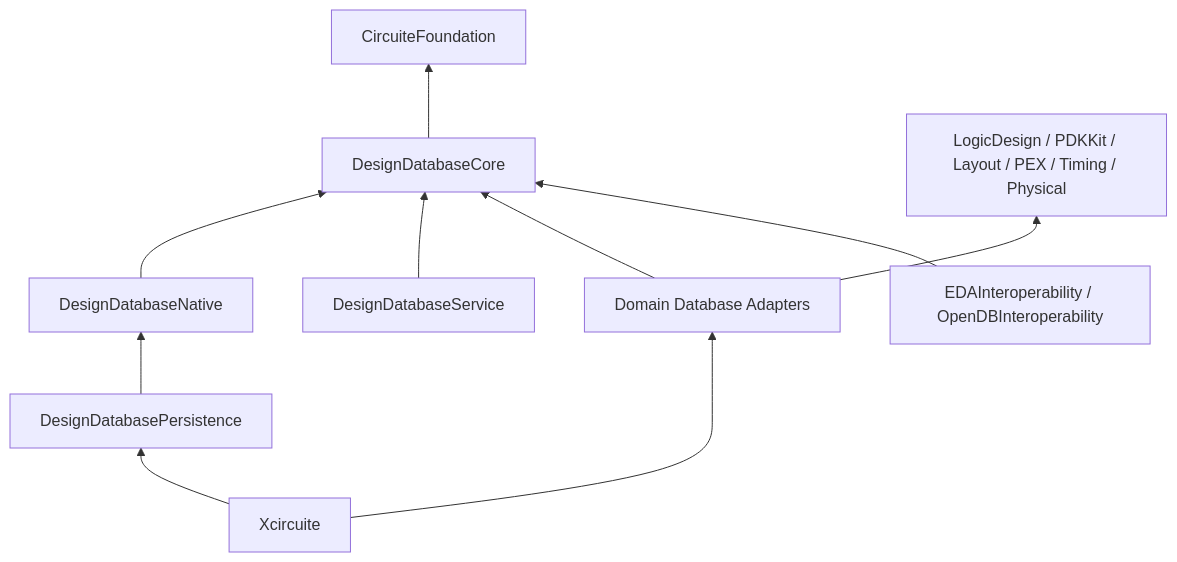
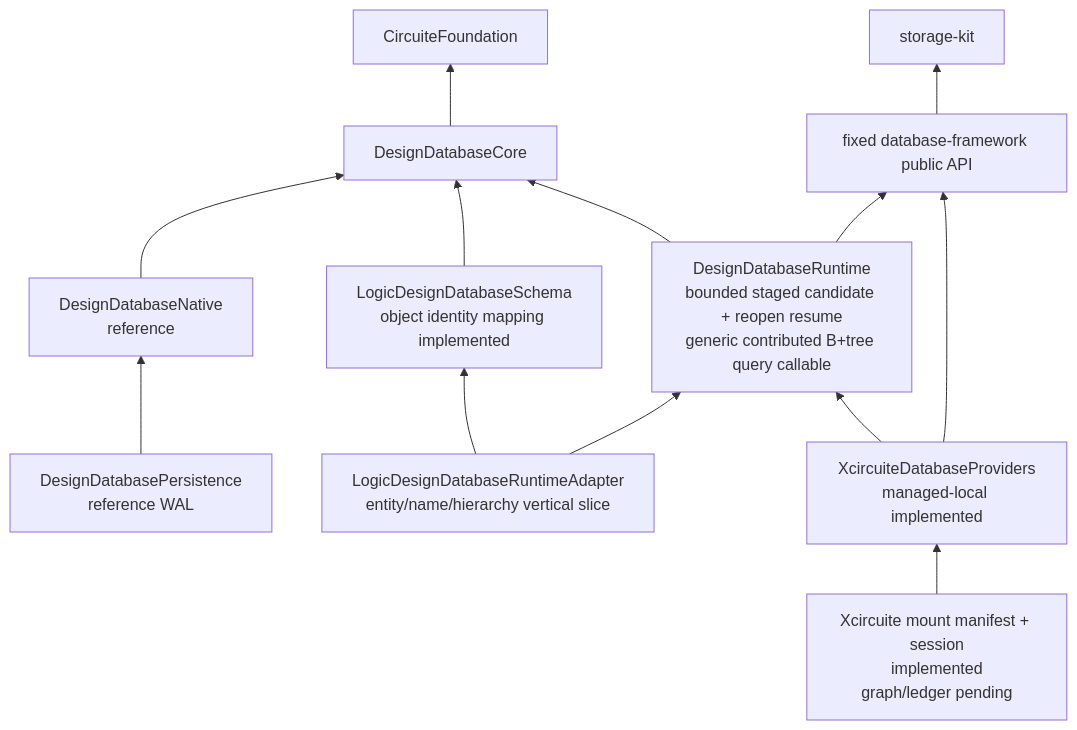
The diagram in README.md (1amageek/DesignDatabase), drawn with Mermaid before and after one commit. The commit also changed other lines of this file and 376 other files, not shown here.

Commit message:
Implement immutable design database runtime

````diff
--- a/README.md
+++ b/README.md
@@ -14,12 +151,17 @@
 ```mermaid
 flowchart BT
-  Core["DesignDatabaseCore"] --> Foundation["CircuiteFoundation"]
-  Native["DesignDatabaseNative"] --> Core
-  Persistence["DesignDatabasePersistence"] --> Native
-  Service["DesignDatabaseService"] --> Core
-  Adapters["Domain Database Adapters"] --> Core
-  Adapters --> Domains["LogicDesign / PDKKit / Layout / PEX / Timing / Physical"]
-  Runtime["Xcircuite"] --> Adapters
-  Runtime --> Persistence
-  OpenDB["EDAInteroperability / OpenDBInteroperability"] --> Core
+  Foundation["CircuiteFoundation"]
+  Framework["fixed database-framework public API"]
+  Framework --> Storage["storage-kit"]
+  Core["DesignDatabaseCore"] --> Foundation
+  Runtime["DesignDatabaseRuntime\nbounded staged candidate + reopen resume\ngeneric contributed B+tree query callable"] --> Core
+  Runtime --> Framework
+  Native["DesignDatabaseNative\nreference"] --> Core
+  Persistence["DesignDatabasePersistence\nreference WAL"] --> Native
+  DomainSchema["LogicDesignDatabaseSchema\nobject identity mapping implemented"] --> Core
+  DomainRuntime["LogicDesignDatabaseRuntimeAdapter\nentity/name/hierarchy vertical slice"] --> DomainSchema
+  DomainRuntime --> Runtime
+  HostProvider["XcircuiteDatabaseProviders\nmanaged-local implemented"] --> Runtime
+  HostProvider --> Framework
+  Xcircuite["Xcircuite mount manifest + session\nimplemented\ngraph/ledger pending"] --> HostProvider
 ```
````
